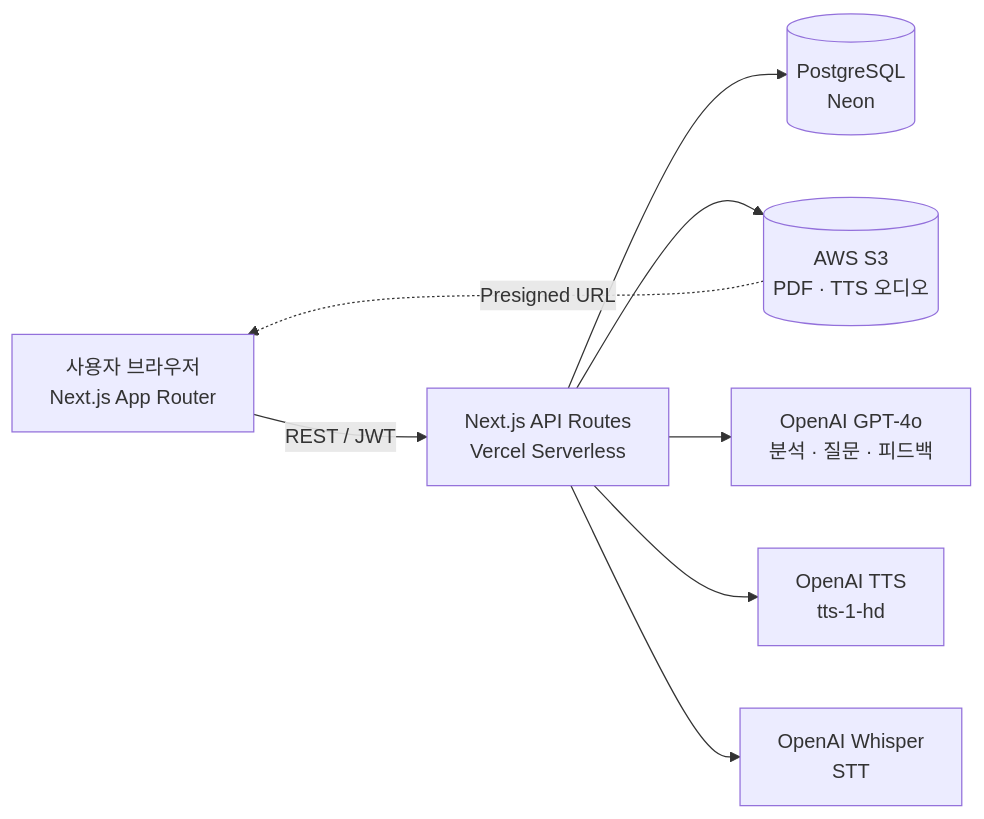
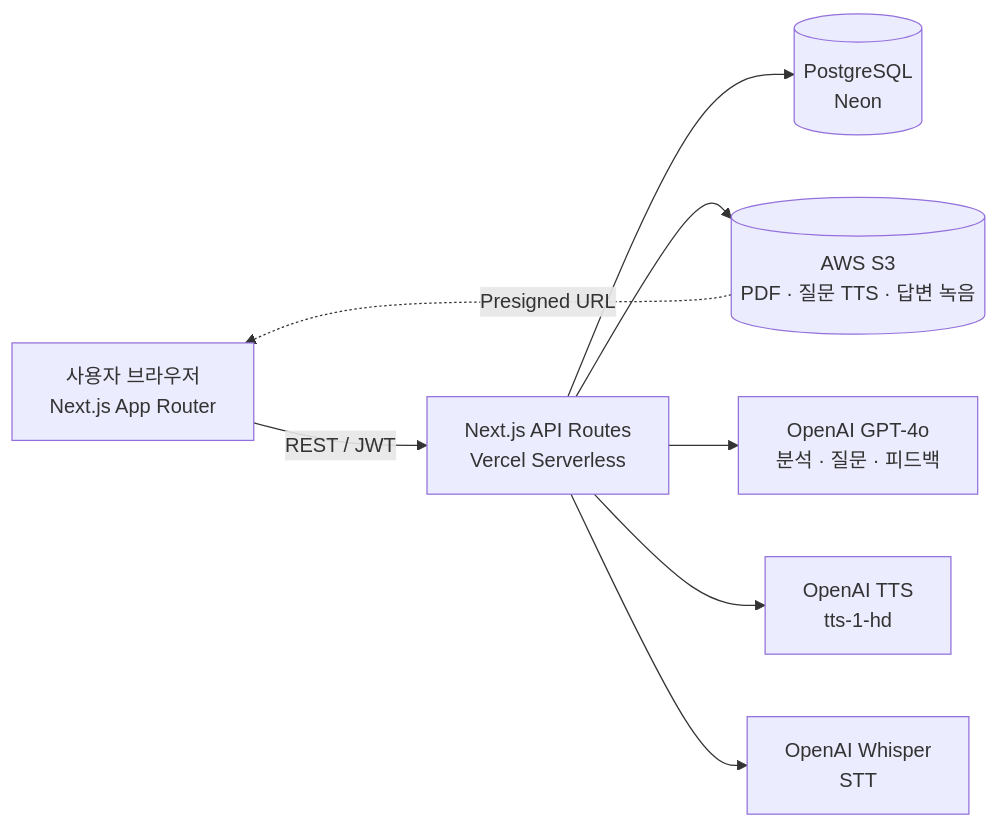
The first of 2 diagrams in README.md (SunWoo1213/Mock_interview), drawn with Mermaid before and after one commit. The commit also changed other lines of this file, not shown here.

````diff
--- a/README.md
+++ b/README.md
@@ -64,10 +71,10 @@
 ```mermaid
 flowchart LR
     U[사용자 브라우저<br/>Next.js App Router] -->|REST / JWT| API[Next.js API Routes<br/>Vercel Serverless]
     API --> DB[(PostgreSQL<br/>Neon)]
-    API --> S3[(AWS S3<br/>PDF · TTS 오디오)]
+    API --> S3[(AWS S3<br/>PDF · 질문 TTS · 답변 녹음)]
     API --> GPT[OpenAI GPT-4o<br/>분석 · 질문 · 피드백]
     API --> TTS[OpenAI TTS<br/>tts-1-hd]
     API --> STT[OpenAI Whisper<br/>STT]
     S3 -. Presigned URL .-> U
 ```
````
